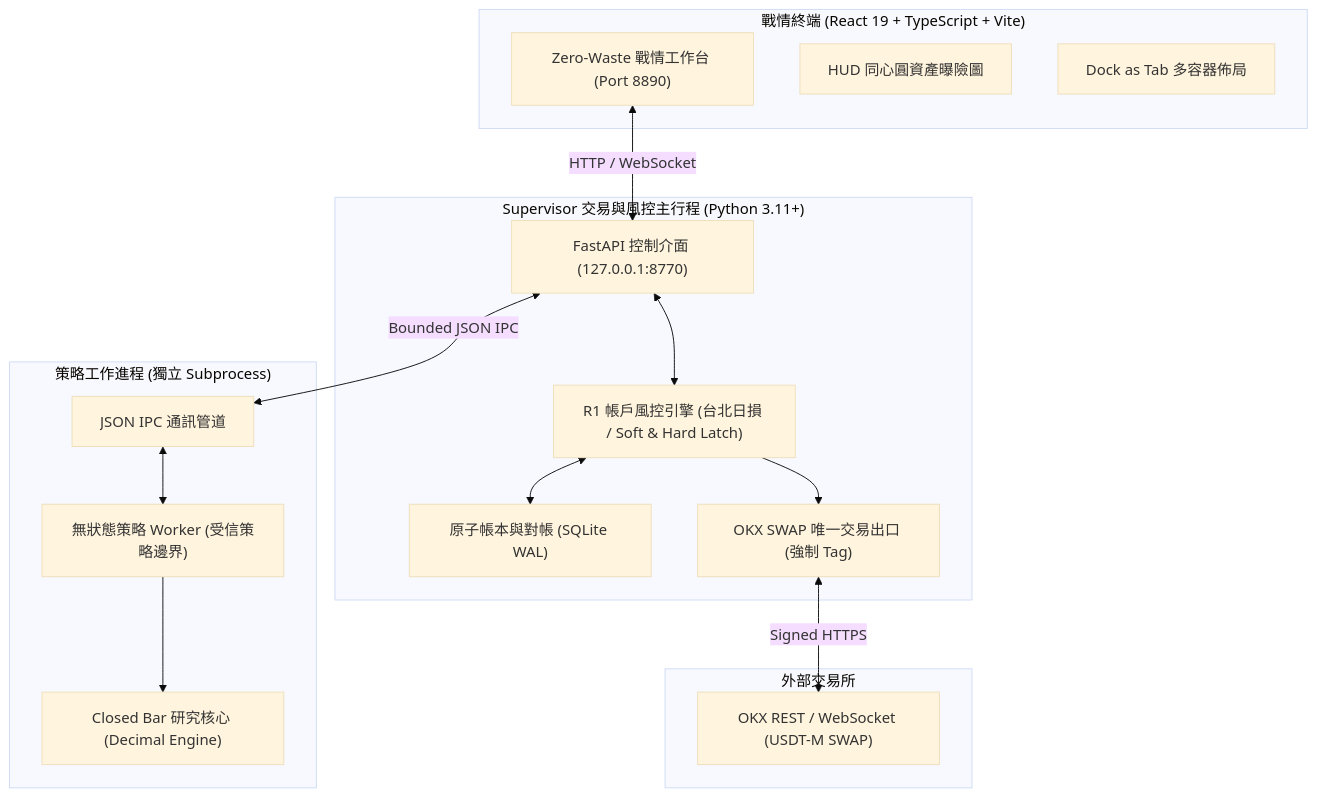
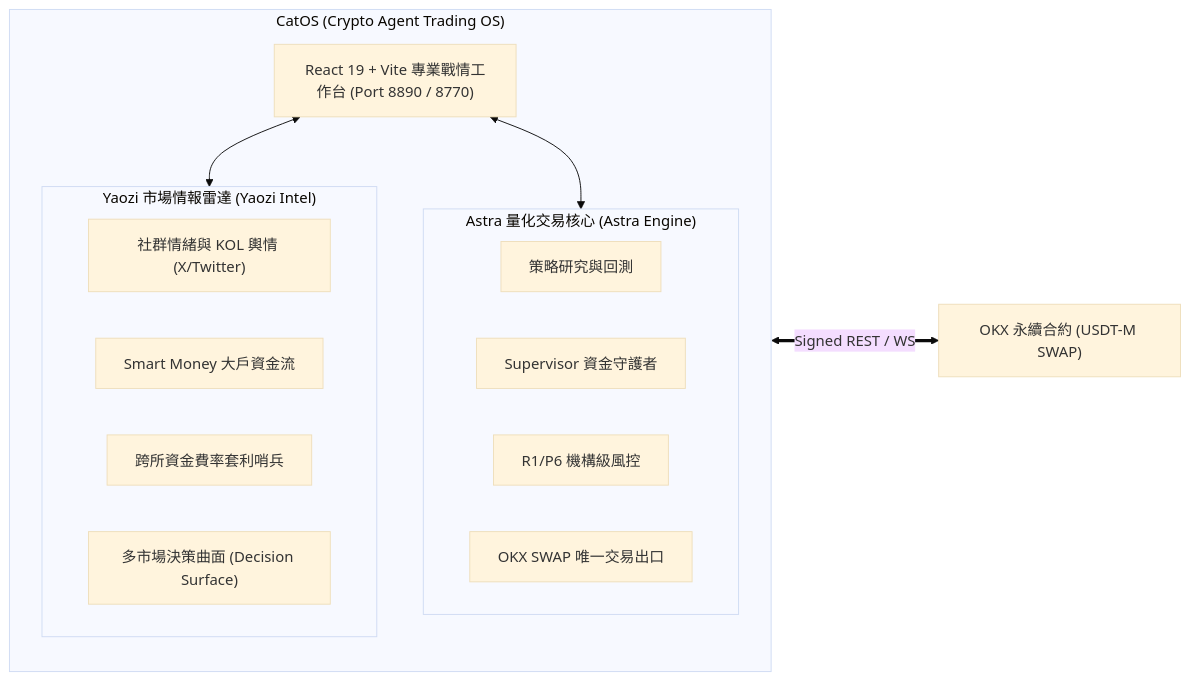
One commit to b40609/CatOS changed the diagram in README.md. Above: the diagram before and after it, drawn with Mermaid (base theme). The commit also changed other lines of this file, not shown here.

Commit message:
docs: complete CatOS product showcase with 10 workspaces and dual-engine architecture

````diff
--- a/README.md
+++ b/README.md
@@ -38,34 +29,22 @@
 ```mermaid
-flowchart TB
-    subgraph Frontend["戰情終端 (React 19 + TypeScript + Vite)"]
-        UI["Zero-Waste 戰情工作台 (Port 8890)"]
-        Donut["HUD 同心圓資產曝險圖"]
-        Dock["Dock as Tab 多容器佈局"]
+flowchart LR
+    subgraph CatOS["CatOS (Crypto Agent Trading OS)"]
+        direction TB
+        subgraph Astra["Astra 量化交易核心 (Astra Engine)"]
+            Research["策略研究與回測"]
+            Supervisor["Supervisor 資金守護者"]
+            Risk["R1/P6 機構級風控"]
+            Exec["OKX SWAP 唯一交易出口"]
+        end
+        subgraph Yaozi["Yaozi 市場情報雷達 (Yaozi Intel)"]
+            Social["社群情緒與 KOL 輿情 (X/Twitter)"]
+            Flow["Smart Money 大戶資金流"]
+            Arb["跨所資金費率套利哨兵"]
+            Surface["多市場決策曲面 (Decision Surface)"]
+        end
+        Terminal["React 19 + Vite 專業戰情工作台 (Port 8890 / 8770)"]
     end
-
-    subgraph CoreEngine["Supervisor 交易與風控主行程 (Python 3.11+)"]
-        API["FastAPI 控制介面 (127.0.0.1:8770)"]
-        RiskEngine["R1 帳戶風控引擎 (台北日損 / Soft & Hard Latch)"]
-        Journal["原子帳本與對帳 (SQLite WAL)"]
-        ExecutionGateway["OKX SWAP 唯一交易出口 (強制 Tag)"]
-    end
-
-    subgraph StrategyWorker["策略工作進程 (獨立 Subprocess)"]
-        IPC["JSON IPC 通訊管道"]
-        Worker["無狀態策略 Worker (受信策略邊界)"]
-        Research["Closed Bar 研究核心 (Decimal Engine)"]
-    end
-
-    subgraph External["外部交易所"]
-        OKX["OKX REST / WebSocket (USDT-M SWAP)"]
-    end
-
-    UI <-->|HTTP / WebSocket| API
-    API <--> RiskEngine
-    RiskEngine <--> Journal
-    RiskEngine --> ExecutionGateway
-    ExecutionGateway <-->|Signed HTTPS| OKX
-    API <-->|Bounded JSON IPC| IPC
-    IPC <--> Worker
-    Worker --> Research
+    Terminal <--> Astra
+    Terminal <--> Yaozi
+    Astra <==>|Signed REST / WS| OKX["OKX 永續合約 (USDT-M SWAP)"]
 ```
````
